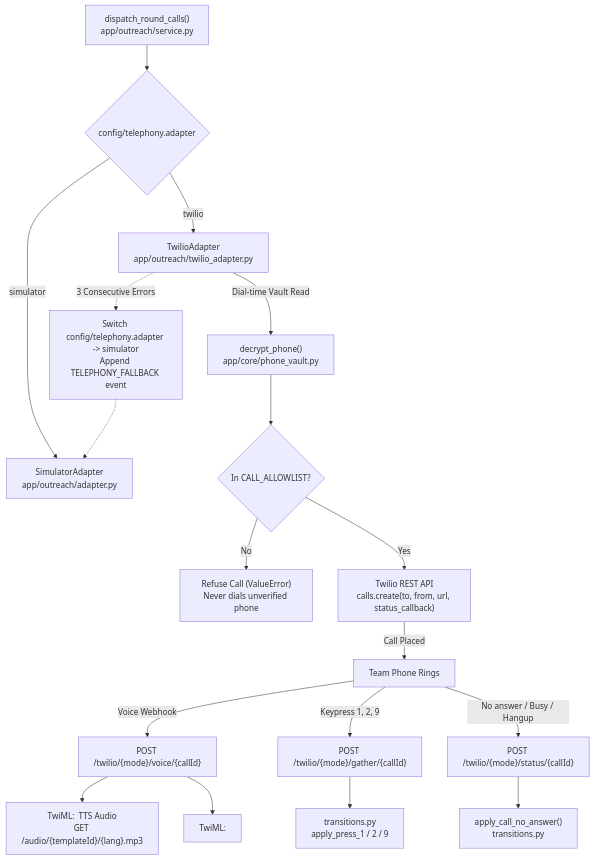
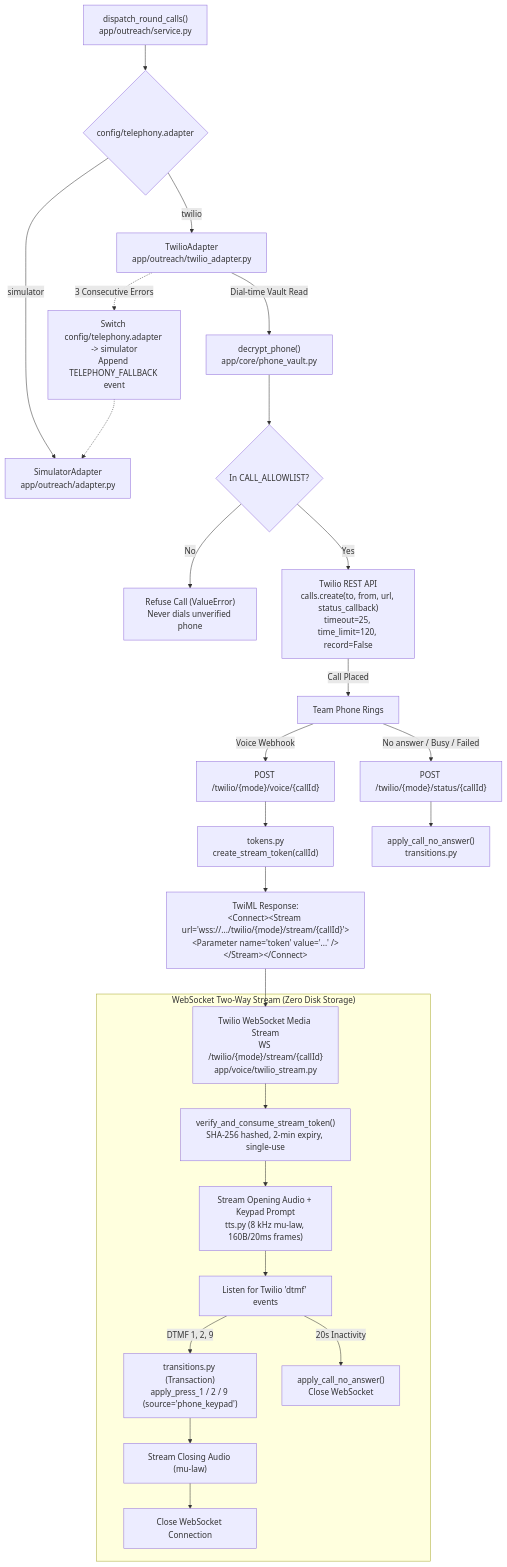
The fifth of 5 diagrams in docs/ARCHITECTURE.md (Prakash-02/uyir2uyir), drawn with Mermaid before and after one commit. The commit also changed other lines of this file and 23 other files, not shown here.

Commit message:
feat(voice): Twilio calls with two-way media stream, fixed opening audio and keypad

````diff
--- a/docs/ARCHITECTURE.md
+++ b/docs/ARCHITECTURE.md
@@ -431,26 +431,35 @@
 ```mermaid
 flowchart TD
     DISPATCH["dispatch_round_calls()<br/>app/outreach/service.py"] --> SELECT{"config/telephony.adapter"}
     
     SELECT -->|"simulator"| SIM["SimulatorAdapter<br/>app/outreach/adapter.py"]
     SELECT -->|"twilio"| TW["TwilioAdapter<br/>app/outreach/twilio_adapter.py"]
     
     TW -->|Dial-time Vault Read| VAULT["decrypt_phone()<br/>app/core/phone_vault.py"]
     VAULT --> ALLOW{"In CALL_ALLOWLIST?"}
     ALLOW -->|No| REFUSE["Refuse Call (ValueError)<br/>Never dials unverified phone"]
-    ALLOW -->|Yes| DIAL["Twilio REST API<br/>calls.create(to, from, url, status_callback)"]
+    ALLOW -->|Yes| DIAL["Twilio REST API<br/>calls.create(to, from, url, status_callback)<br/>timeout=25, time_limit=120, record=False"]
     
     DIAL -->|Call Placed| PHONE["Team Phone Rings"]
     PHONE -->|Voice Webhook| VOICE["POST /twilio/{mode}/voice/{callId}"]
-    VOICE --> PLAY["TwiML: <Play> TTS Audio<br/>GET /audio/{templateId}/{lang}.mp3"]
-    VOICE --> GATH["TwiML: <Gather numDigits=1 timeout=8>"]
+    VOICE --> TOK["tokens.py<br/>create_stream_token(callId)"]
+    TOK --> TWIML["TwiML Response:<br/>&lt;Connect&gt;&lt;Stream url='wss://.../twilio/{mode}/stream/{callId}'&gt;<br/>&lt;Parameter name='token' value='...' /&gt;&lt;/Stream&gt;&lt;/Connect&gt;"]
     
-    PHONE -->|Keypress 1, 2, 9| GATHER_WH["POST /twilio/{mode}/gather/{callId}"]
-    GATHER_WH --> TRANS["transitions.py<br/>apply_press_1 / 2 / 9"]
+    TWIML --> WSS["Twilio WebSocket Media Stream<br/>WS /twilio/{mode}/stream/{callId}<br/>app/voice/twilio_stream.py"]
     
-    PHONE -->|No answer / Busy / Hangup| STATUS_WH["POST /twilio/{mode}/status/{callId}"]
+    subgraph MediaStream["WebSocket Two-Way Stream (Zero Disk Storage)"]
+        WSS --> VTOK["verify_and_consume_stream_token()<br/>SHA-256 hashed, 2-min expiry, single-use"]
+        VTOK --> OPENING["Stream Opening Audio + Keypad Prompt<br/>tts.py (8 kHz mu-law, 160B/20ms frames)"]
+        OPENING --> LISTEN["Listen for Twilio 'dtmf' events"]
+        LISTEN -->|DTMF 1, 2, 9| TRANS["transitions.py (Transaction)<br/>apply_press_1 / 2 / 9 (source='phone_keypad')"]
+        TRANS --> CLOSING["Stream Closing Audio (mu-law)"]
+        CLOSING --> HANGUP["Close WebSocket Connection"]
+        LISTEN -->|20s Inactivity| TIMEOUT["apply_call_no_answer()<br/>Close WebSocket"]
+    end
+    
+    PHONE -->|No answer / Busy / Failed| STATUS_WH["POST /twilio/{mode}/status/{callId}"]
     STATUS_WH --> NO_ANS["apply_call_no_answer()<br/>transitions.py"]
     
     TW -.->|3 Consecutive Errors| FALLBACK["Switch config/telephony.adapter -> simulator<br/>Append TELEPHONY_FALLBACK event"]
     FALLBACK -.-> SIM
 ```
````
